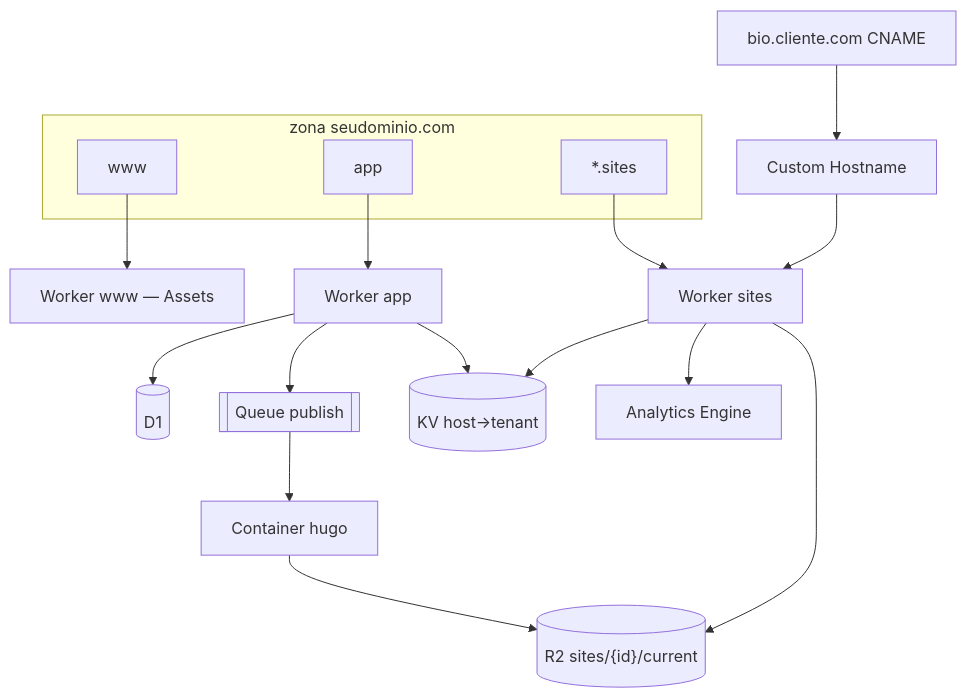
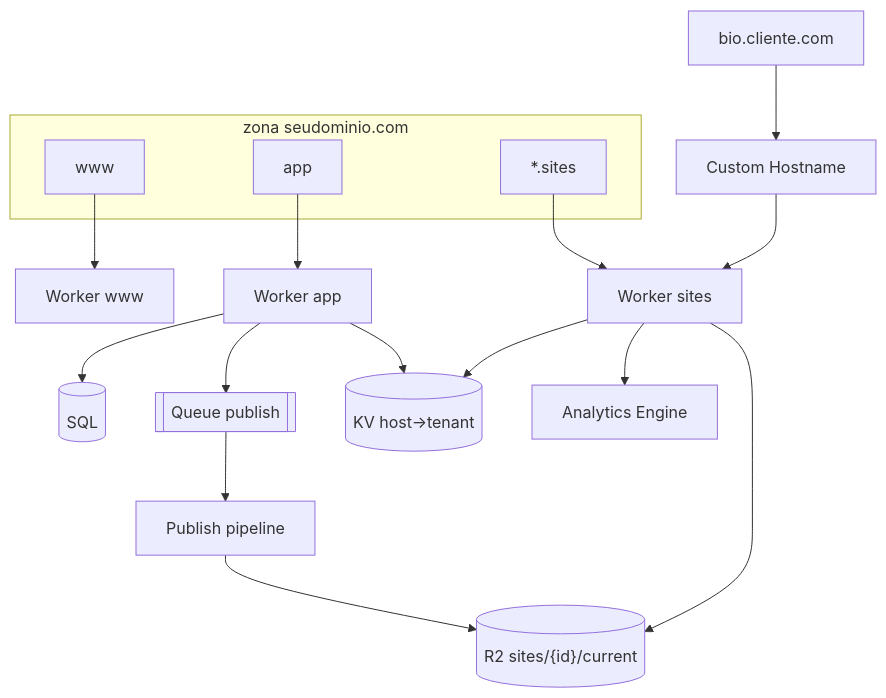
Before and after one commit to Jorge-William/link-na-bio: the first of 4 diagrams in docs/cloudflare-infra.md, drawn with Mermaid. The commit also changed other lines of this file and 7 other files, not shown here.

````diff
--- a/docs/cloudflare-infra.md
+++ b/docs/cloudflare-infra.md
@@ -14,23 +16,23 @@
 ```mermaid
 flowchart TB
   subgraph dns["zona seudominio.com"]
     WWW["www"]
     APP["app"]
     SITES["*.sites"]
   end
 
-  WWW --> Wwww["Worker www — Assets"]
+  WWW --> Wwww["Worker www"]
   APP --> Wapp["Worker app"]
   SITES --> Wsites["Worker sites"]
-  Custom["bio.cliente.com CNAME"] --> SaaS["Custom Hostname"]
+  Custom["bio.cliente.com"] --> SaaS["Custom Hostname"]
   SaaS --> Wsites
 
-  Wapp --> D1[(D1)]
+  Wapp --> DB[(SQL)]
   Wapp --> Q[[Queue publish]]
   Wapp --> KV[(KV host→tenant)]
-  Q --> C["Container hugo"]
-  C --> R2[("R2 sites/{id}/current")]
+  Q --> Render["Publish pipeline"]
+  Render --> R2[("R2 sites/{id}/current")]
   Wsites --> KV
   Wsites --> R2
   Wsites --> AE[Analytics Engine]
 ```
````
